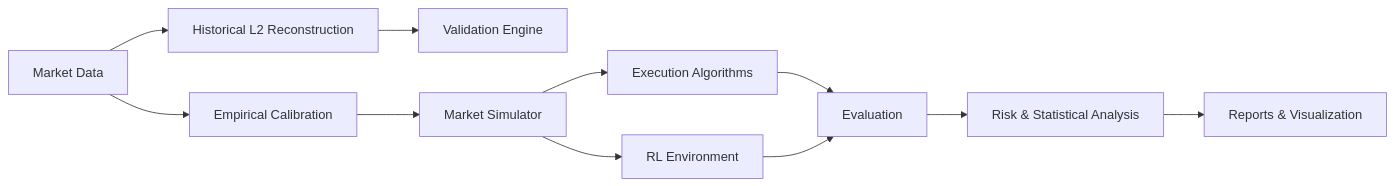
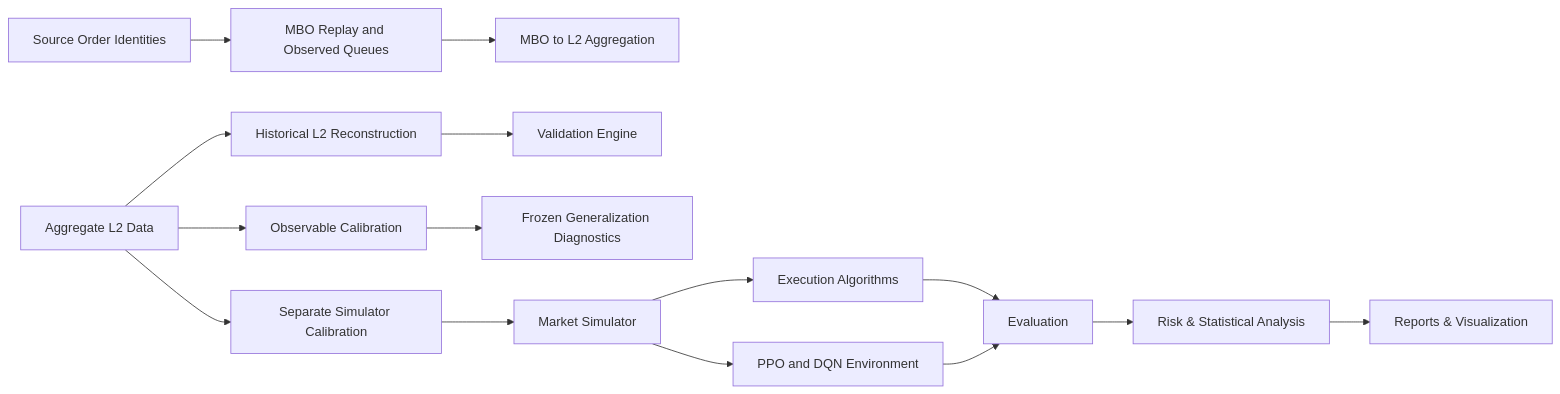
Before and after one commit to damraka/CleoLOB: the diagram in README.md, drawn with Mermaid. The commit also changed other lines of this file and 5 other files, not shown here.

````diff
--- a/README.md
+++ b/README.md
@@ -73,17 +82,21 @@
 ```mermaid
 flowchart LR
-    A[Market Data] --> B[Historical L2 Reconstruction]
-    A --> C[Empirical Calibration]
+    A[Aggregate L2 Data] --> B[Historical L2 Reconstruction]
+    A --> C[Observable Calibration]
+    M[Source Order Identities] --> N[MBO Replay and Observed Queues]
+    N --> O[MBO to L2 Aggregation]
 
     B --> D[Validation Engine]
-    C --> E[Market Simulator]
+    C --> K[Frozen Generalization Diagnostics]
+    A --> L[Separate Simulator Calibration]
+    L --> E[Market Simulator]
 
     E --> F[Execution Algorithms]
-    E --> G[RL Environment]
+    E --> G[PPO and DQN Environment]
 
     F --> H[Evaluation]
     G --> H
 
     H --> I[Risk & Statistical Analysis]
     I --> J[Reports & Visualization]
 ```
````
